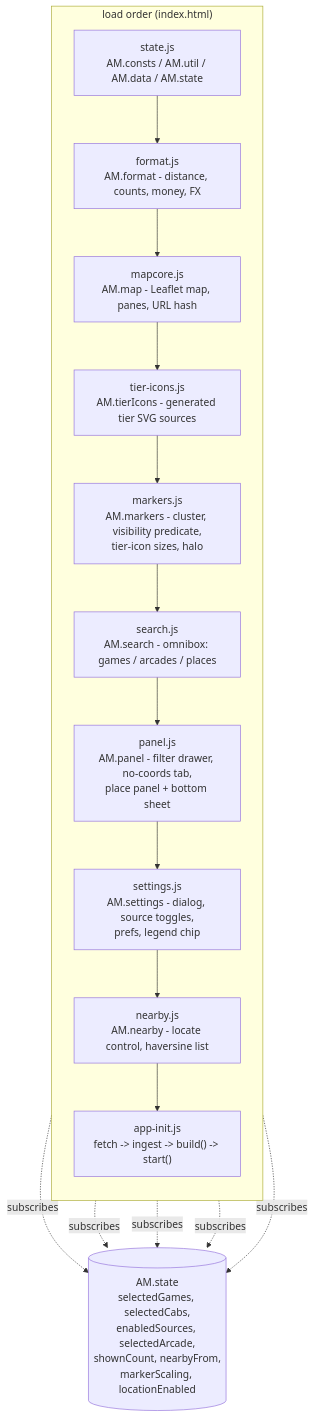
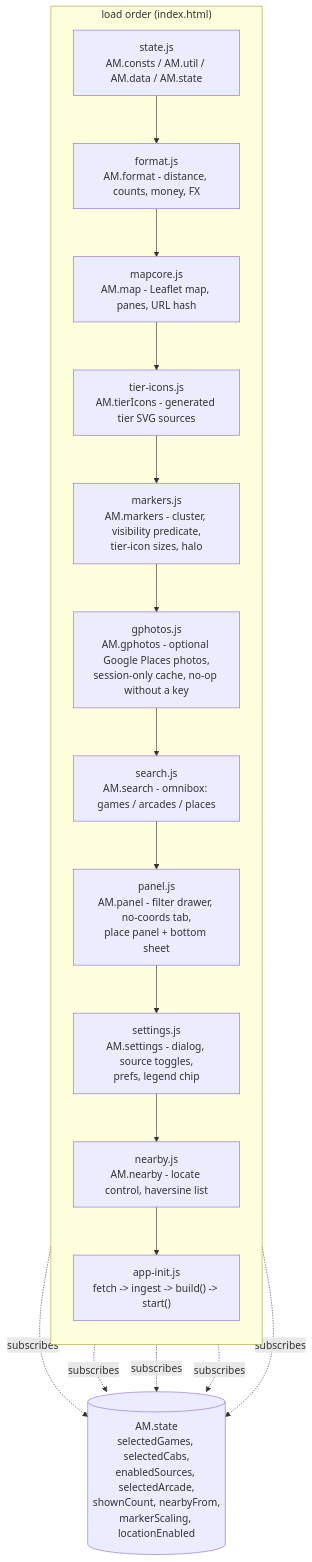
The second of 2 diagrams in docs/ARCHITECTURE.md (JonathanLiu1401/Arcade-Maps), drawn with Mermaid before and after one commit. The commit also changed other lines of this file and 44 other files, not shown here.

````diff
--- a/docs/ARCHITECTURE.md
+++ b/docs/ARCHITECTURE.md
@@ -218,25 +324,26 @@
 ```mermaid
 flowchart TD
   subgraph load["load order (index.html)"]
     direction TB
     state["state.js<br>AM.consts / AM.util / AM.data / AM.state"]
     format["format.js<br>AM.format - distance, counts, money, FX"]
     mapcore["mapcore.js<br>AM.map - Leaflet map, panes, URL hash"]
     tiericons["tier-icons.js<br>AM.tierIcons - generated tier SVG sources"]
     markers["markers.js<br>AM.markers - cluster, visibility predicate,<br>tier-icon sizes, halo"]
+    gphotos["gphotos.js<br>AM.gphotos - optional Google Places photos,<br>session-only cache, no-op without a key"]
     search["search.js<br>AM.search - omnibox: games / arcades / places"]
     panel["panel.js<br>AM.panel - filter drawer, no-coords tab,<br>place panel + bottom sheet"]
     settings["settings.js<br>AM.settings - dialog, source toggles,<br>prefs, legend chip"]
     nearby["nearby.js<br>AM.nearby - locate control, haversine list"]
     init["app-init.js<br>fetch -> ingest -> build() -> start()"]
-    state --> format --> mapcore --> tiericons --> markers --> search --> panel --> settings --> nearby --> init
+    state --> format --> mapcore --> tiericons --> markers --> gphotos --> search --> panel --> settings --> nearby --> init
   end
 
   store[("AM.state<br>selectedGames, selectedCabs,<br>enabledSources, selectedArcade,<br>shownCount, nearbyFrom,<br>markerScaling, locationEnabled")]
 
   markers -. subscribes .-> store
   search -. subscribes .-> store
   panel -. subscribes .-> store
   settings -. subscribes .-> store
   nearby -. subscribes .-> store
 ```
````
